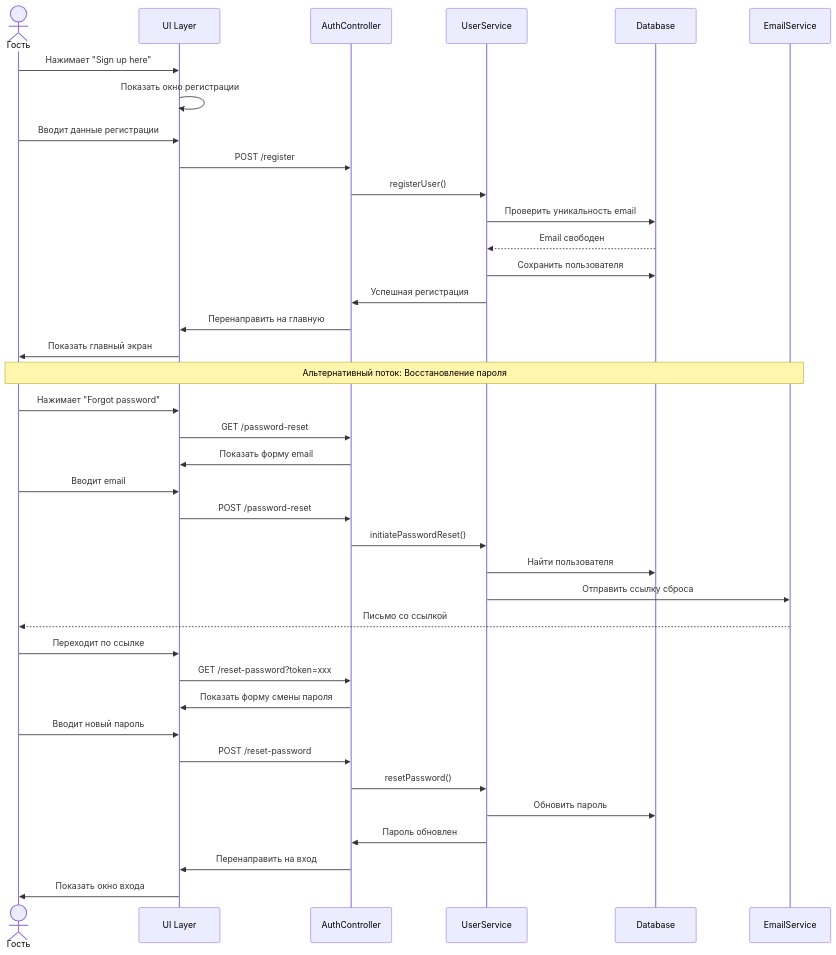
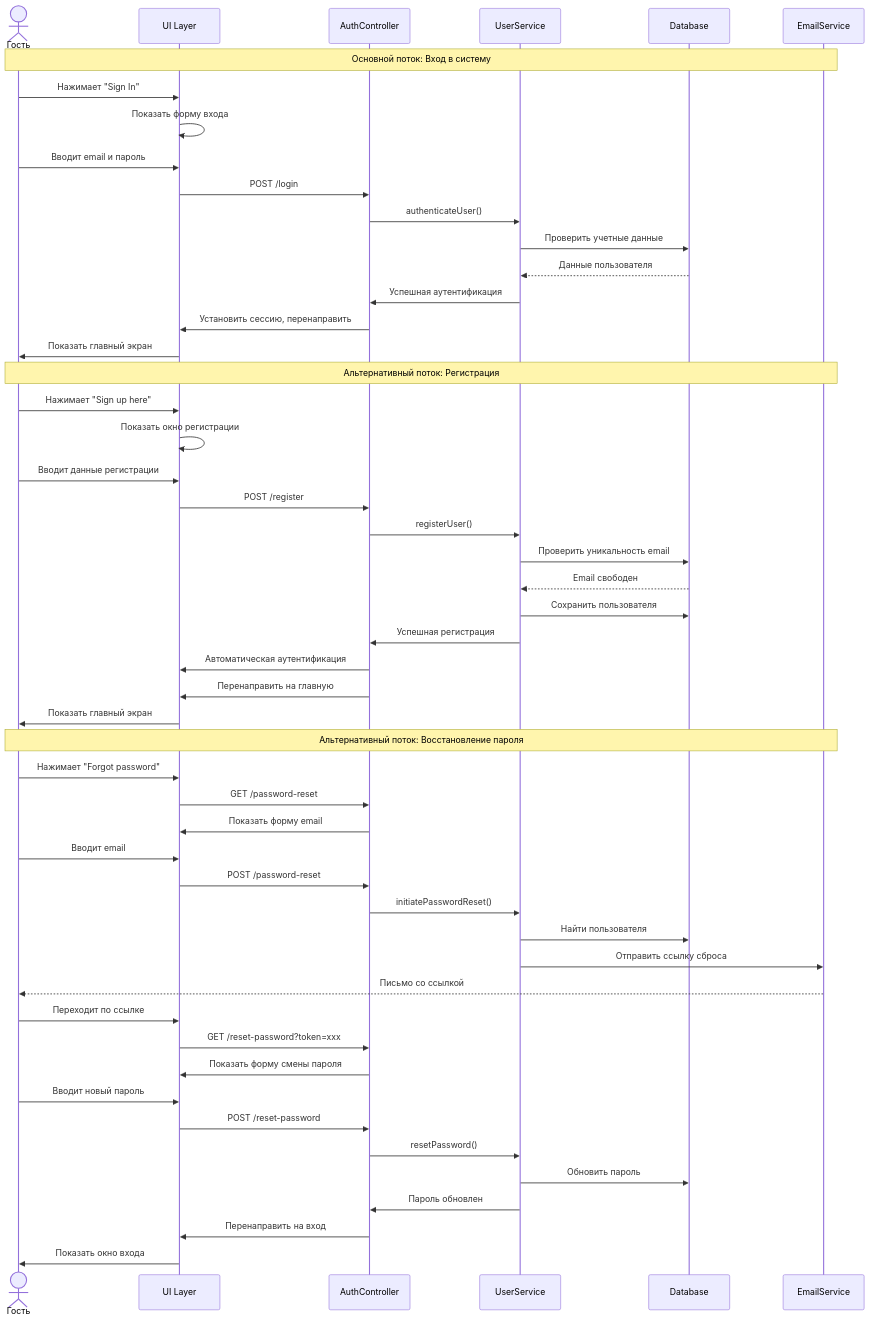
One commit to ptempt6/Travel-Share changed the first of 3 diagrams in docs/diagrams/state.md. Above: the diagram before and after it, drawn with Mermaid.

````diff
--- a/docs/diagrams/state.md
+++ b/docs/diagrams/state.md
@@ -7,44 +7,58 @@
 ```mermaid
 sequenceDiagram
     actor Гость as Гость
     participant UI as UI Layer
     participant Auth as AuthController
     participant Service as UserService
     participant DB as Database
     participant Email as EmailService
 
+    Note over Гость,Email: Основной поток: Вход в систему
+    Гость->>UI: Нажимает "Sign In"
+    UI->>UI: Показать форму входа
+    Гость->>UI: Вводит email и пароль
+    UI->>Auth: POST /login
+    Auth->>Service: authenticateUser()
+    Service->>DB: Проверить учетные данные
+    DB-->>Service: Данные пользователя
+    Service->>Auth: Успешная аутентификация
+    Auth->>UI: Установить сессию, перенаправить
+    UI->>Гость: Показать главный экран
+
+    Note over Гость,Email: Альтернативный поток: Регистрация
     Гость->>UI: Нажимает "Sign up here"
     UI->>UI: Показать окно регистрации
     
     Гость->>UI: Вводит данные регистрации
     UI->>Auth: POST /register
     Auth->>Service: registerUser()
     Service->>DB: Проверить уникальность email
     DB-->>Service: Email свободен
     Service->>DB: Сохранить пользователя
     Service->>Auth: Успешная регистрация
+    Auth->>UI: Автоматическая аутентификация
     Auth->>UI: Перенаправить на главную
     UI->>Гость: Показать главный экран
 
     Note over Гость,Email: Альтернативный поток: Восстановление пароля
     Гость->>UI: Нажимает "Forgot password"
     UI->>Auth: GET /password-reset
     Auth->>UI: Показать форму email
     Гость->>UI: Вводит email
     UI->>Auth: POST /password-reset
     Auth->>Service: initiatePasswordReset()
     Service->>DB: Найти пользователя
     Service->>Email: Отправить ссылку сброса
     Email-->>Гость: Письмо со ссылкой
     
     Гость->>UI: Переходит по ссылке
     UI->>Auth: GET /reset-password?token=xxx
     Auth->>UI: Показать форму смены пароля
     Гость->>UI: Вводит новый пароль
     UI->>Auth: POST /reset-password
     Auth->>Service: resetPassword()
     Service->>DB: Обновить пароль
     Service->>Auth: Пароль обновлен
     Auth->>UI: Перенаправить на вход
     UI->>Гость: Показать окно входа
 ```
````
